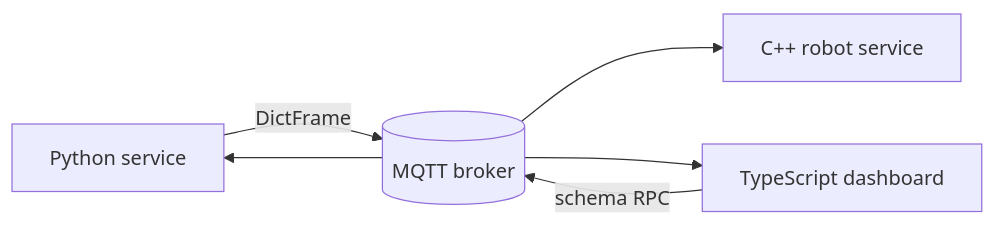
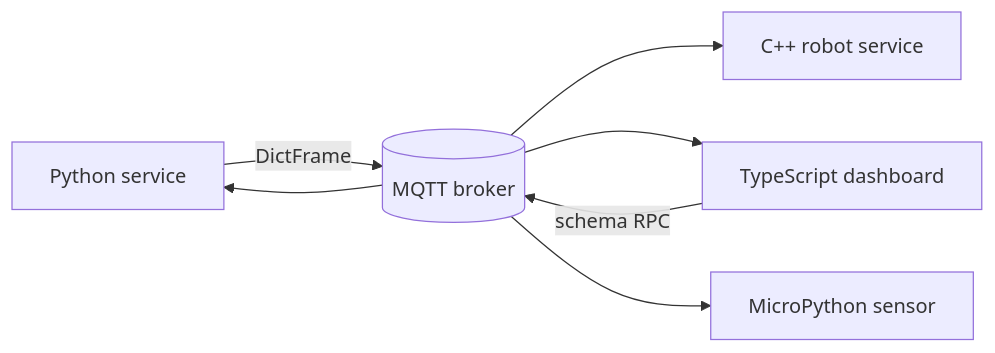
The diagram in docs/concepts/interoperability.mdx (luxai-qtrobot/magpie-doc), drawn with Mermaid before and after one commit. The commit also changed other lines of this file and 31 other files, not shown here.

````diff
--- a/docs/concepts/interoperability.mdx
+++ b/docs/concepts/interoperability.mdx
@@ -36,8 +36,9 @@
 ```mermaid
 flowchart LR
     P[Python service] -->|DictFrame| B[(MQTT broker)]
     B --> C[C++ robot service]
     B --> J[TypeScript dashboard]
+    B --> U[MicroPython sensor]
     J -->|schema RPC| B
     B --> P
 ```
````
